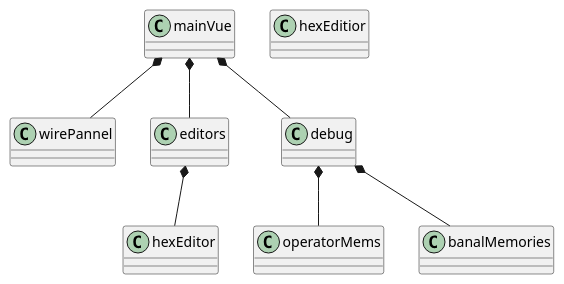
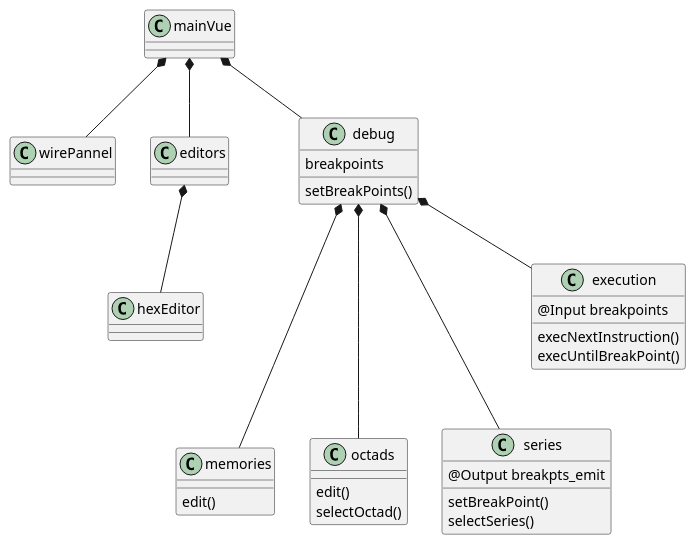
One commit to lutrampal/bullgammator changed the diagram in docs/UI_archi.puml. Above: the diagram before and after it, drawn with PlantUML. The commit also changed 12 other files, not shown here.

Commit message:
implented breakpoints in debug

```diff
--- a/docs/UI_archi.puml
+++ b/docs/UI_archi.puml
@@ -1,28 +1,47 @@
 @startuml
 class mainVue {
 }
 
 class wirePannel {
 }
 mainVue *-- wirePannel
 
 class editors {
 }
 mainVue *-- editors
 
-class hexEditior {
+class hexEditor {
 }
 editors *-- hexEditor
 
 class debug {
+  breakpoints
+  setBreakPoints()
 }
 mainVue *-- debug
 
-class operatorMems {
+class memories {
+  edit()
 }
-debug *-- operatorMems
+debug *--- memories
 
-class banalMemories {
+class octads {
+  edit()
+  selectOctad()
 }
-debug *-- banalMemories
+debug *--- octads
+
+class series {
+  @Output breakpts_emit
+  setBreakPoint()
+  selectSeries()
+}
+debug *--- series
+
+class execution {
+  @Input breakpoints
+  execNextInstruction()
+  execUntilBreakPoint()
+}
+debug *-- execution
 @enduml
```
